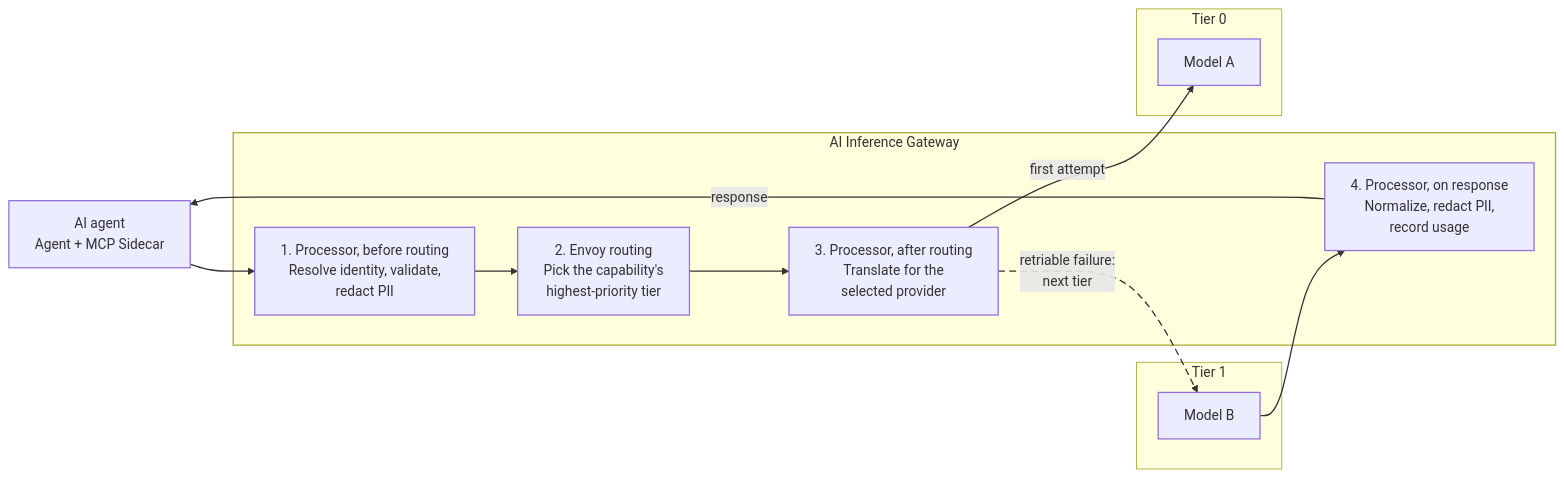
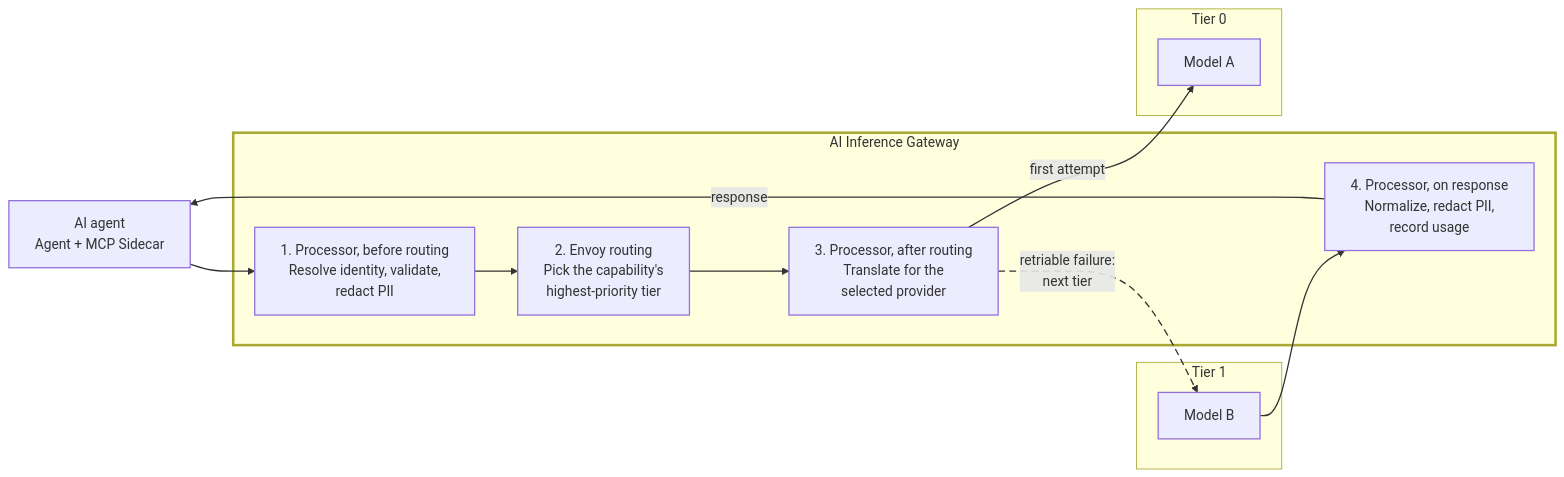
Before and after one commit to hashicorp/web-unified-docs: the diagram in content/consul/v2.1.x/diagram-sources/model-access-workflow.mmd, drawn with Mermaid. The commit also changed 34 other files, not shown here.

First line of the commit message:
Raise diagram contrast and add a non-color cue for ARF components

```diff
--- a/content/consul/v2.1.x/diagram-sources/model-access-workflow.mmd
+++ b/content/consul/v2.1.x/diagram-sources/model-access-workflow.mmd
@@ -1,29 +1,29 @@
 flowchart LR
   agent["AI agent<br/>Agent + MCP Sidecar"]
   subgraph igw["AI Inference Gateway"]
     pre["1. Processor, before routing<br/>Resolve identity, validate,<br/>redact PII"]
     route["2. Envoy routing<br/>Pick the capability's<br/>highest-priority tier"]
     post["3. Processor, after routing<br/>Translate for the<br/>selected provider"]
     resp["4. Processor, on response<br/>Normalize, redact PII,<br/>record usage"]
   end
   subgraph tier1["Tier 1"]
     modelb["Model B"]
   end
   subgraph tier0["Tier 0"]
     modela["Model A"]
   end
 
   agent --> pre
   pre --> route
   route --> post
   post -->|first attempt| modela
   post -->|retriable failure:<br/>next tier| modelb
   modelb --> resp
   resp -->|response| agent
 
   classDef default fill:$node,stroke:$node_border,stroke-width:1.5px,color:$text
-  style igw fill:$arf,stroke:$arf_border,stroke-width:1.5px,color:$text
+  style igw fill:$arf,stroke:$accent_border,stroke-width:3px,color:$text
   style tier0 fill:$cluster,stroke:$cluster_border,stroke-width:1px,color:$text
   style tier1 fill:$cluster,stroke:$cluster_border,stroke-width:1px,color:$text
   linkStyle 0,1,2,3,5,6 stroke:$line,stroke-width:1.5px
   linkStyle 4 stroke:$line,stroke-width:1.5px,stroke-dasharray:8 5
```
